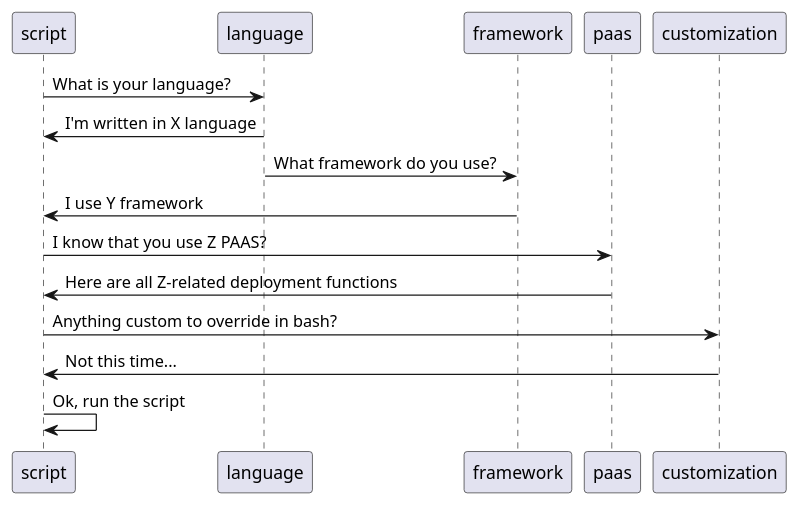
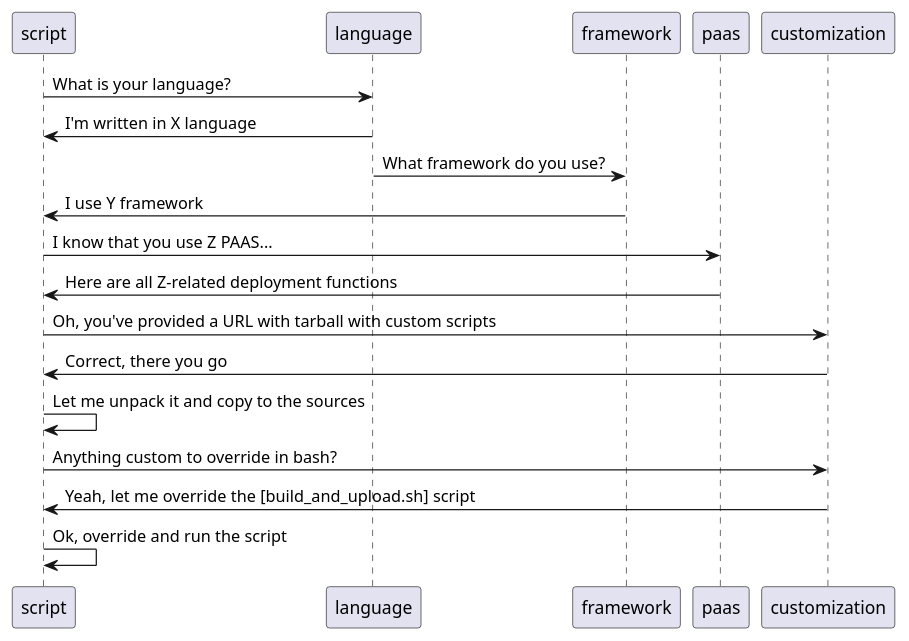
The second of 2 diagrams in docs-sources/src/main/asciidoc/INTRO.adoc (spring-attic/cloudpipelines-scripts), drawn with PlantUML before and after one commit. The commit also changed other lines of this file and 3 other files, not shown here.

```diff
--- a/docs-sources/src/main/asciidoc/INTRO.adoc
+++ b/docs-sources/src/main/asciidoc/INTRO.adoc
@@ -378,12 +378,15 @@
 [plantuml, sourcing, png]
 ----
 script->language: What is your language?
 language->script: I'm written in X language
 language->framework: What framework do you use?
 framework->script: I use Y framework
-script->paas: I know that you use Z PAAS?
+script->paas: I know that you use Z PAAS...
 paas->script: Here are all Z-related deployment functions
+script->customization: Oh, you've provided a URL with tarball with custom scripts
+customization->script: Correct, there you go
+script->script: Let me unpack it and copy to the sources
 script->customization: Anything custom to override in bash?
-customization->script: Not this time...
-script->script: Ok, run the script
+customization->script: Yeah, let me override the [build_and_upload.sh] script
+script->script: Ok, override and run the script
 ----
```
